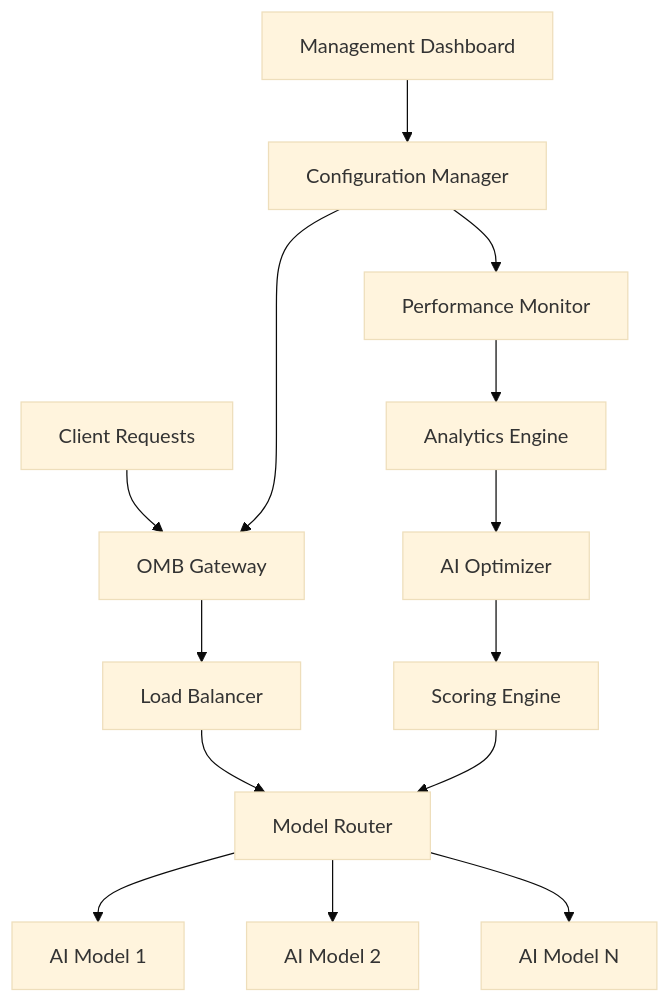
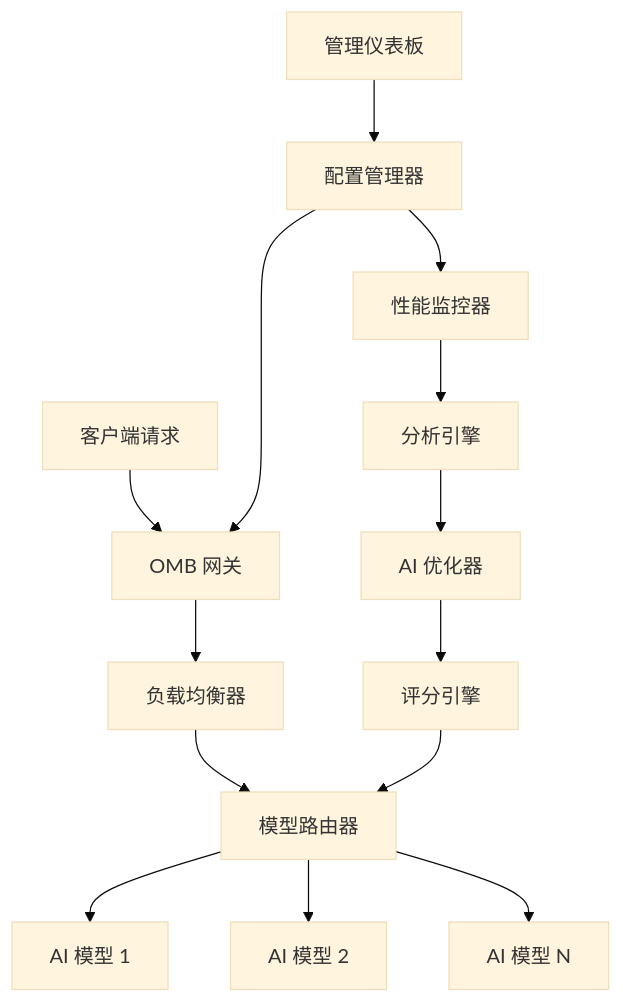
One commit to linux503/model-auto-switch changed the first of 2 diagrams in README.md. Above: the diagram before and after it, drawn with Mermaid (base theme). The commit also changed other lines of this file and 1 other file, not shown here.

````diff
--- a/README.md
+++ b/README.md
@@ -163,18 +163,18 @@
 ```mermaid
 graph TB
-    A[Client Requests] --> B[OMB Gateway]
-    B --> C[Load Balancer]
-    C --> D[Model Router]
-    D --> E[AI Model 1]
-    D --> F[AI Model 2]
-    D --> G[AI Model N]
+    A[客户端请求] --> B[OMB 网关]
+    B --> C[负载均衡器]
+    C --> D[模型路由器]
+    D --> E[AI 模型 1]
+    D --> F[AI 模型 2]
+    D --> G[AI 模型 N]
     
-    H[Performance Monitor] --> I[Analytics Engine]
-    I --> J[AI Optimizer]
-    J --> K[Scoring Engine]
+    H[性能监控器] --> I[分析引擎]
+    I --> J[AI 优化器]
+    J --> K[评分引擎]
     K --> D
     
-    L[Management Dashboard] --> M[Configuration Manager]
+    L[管理仪表板] --> M[配置管理器]
     M --> B
     M --> H
 ```
````
